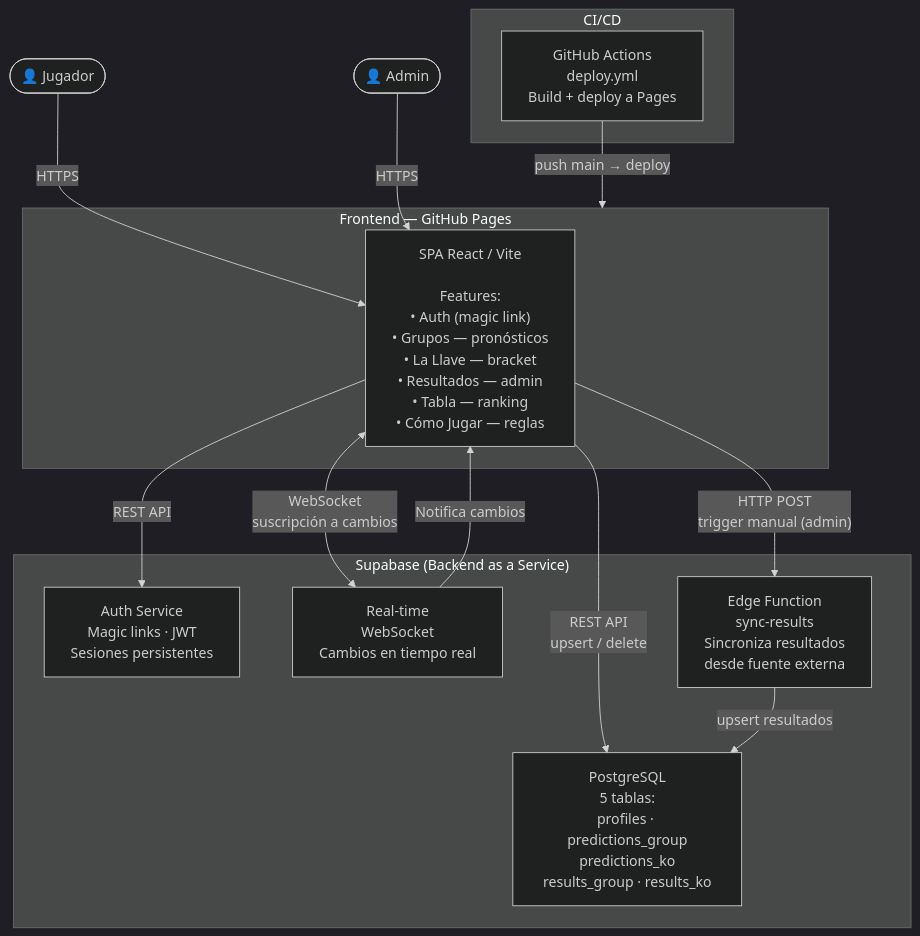
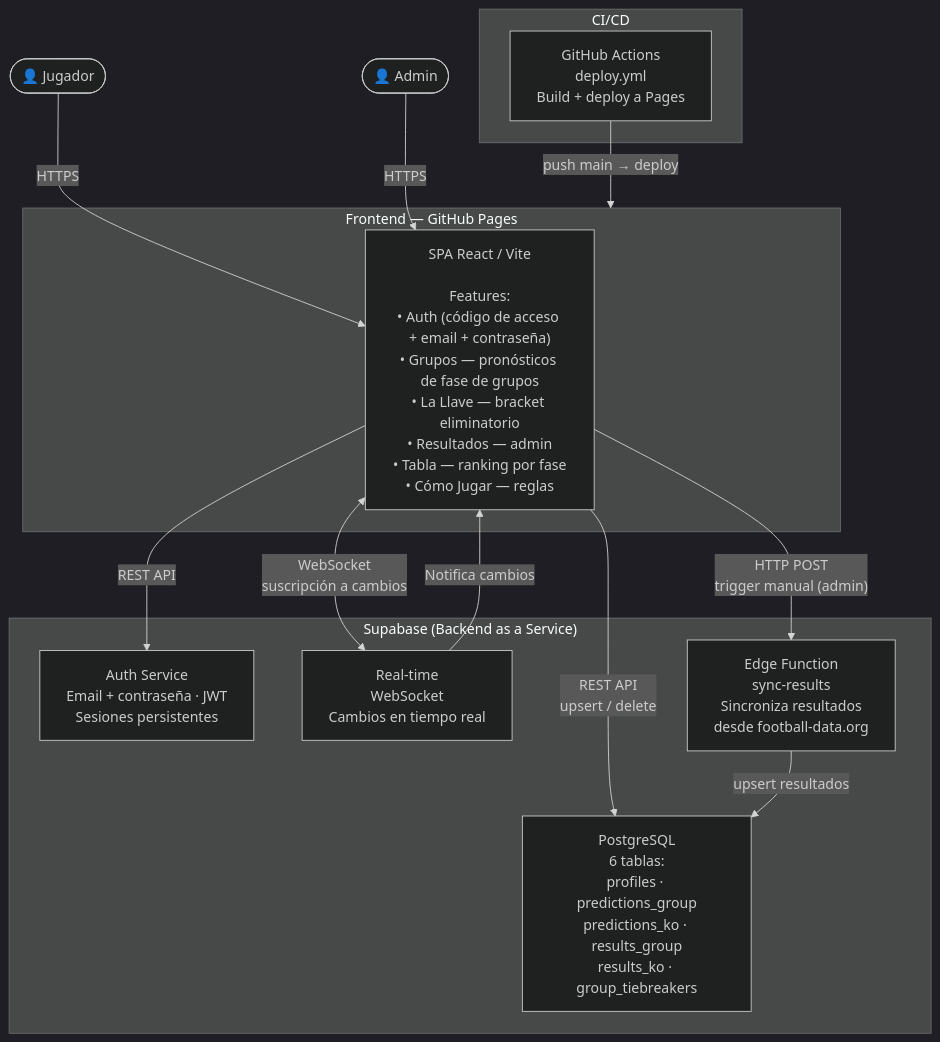
Before and after one commit to JEnriquePS/eb-fifa: the second of 2 diagrams in docs/architecture/overview.md, drawn with Mermaid (dark theme). The commit also changed other lines of this file and 5 other files, not shown here.

First line of the commit message:
docs: update diagrams and guides to reflect schema and auth changes

````diff
--- a/docs/architecture/overview.md
+++ b/docs/architecture/overview.md
@@ -35,30 +35,30 @@
 ```mermaid
 graph TB
     jugador(["👤 Jugador"])
     admin(["👤 Admin"])
 
     subgraph frontend["Frontend — GitHub Pages"]
-        spa["SPA React / Vite\n\nFeatures:\n• Auth (magic link)\n• Grupos — pronósticos\n• La Llave — bracket\n• Resultados — admin\n• Tabla — ranking\n• Cómo Jugar — reglas"]
+        spa["SPA React / Vite\n\nFeatures:\n• Auth (código de acceso + email + contraseña)\n• Grupos — pronósticos de fase de grupos\n• La Llave — bracket eliminatorio\n• Resultados — admin\n• Tabla — ranking por fase\n• Cómo Jugar — reglas"]
     end
 
     subgraph supabase["Supabase (Backend as a Service)"]
-        auth["Auth Service\nMagic links · JWT\nSesiones persistentes"]
-        db["PostgreSQL\n5 tablas:\nprofiles · predictions_group\npredictions_ko\nresults_group · results_ko"]
+        auth["Auth Service\nEmail + contraseña · JWT\nSesiones persistentes"]
+        db["PostgreSQL\n6 tablas:\nprofiles · predictions_group\npredictions_ko · results_group\nresults_ko · group_tiebreakers"]
         realtime["Real-time\nWebSocket\nCambios en tiempo real"]
-        edge["Edge Function\nsync-results\nSincroniza resultados\ndesde fuente externa"]
+        edge["Edge Function\nsync-results\nSincroniza resultados\ndesde football-data.org"]
     end
 
     subgraph cicd["CI/CD"]
         actions["GitHub Actions\ndeploy.yml\nBuild + deploy a Pages"]
     end
 
     jugador -->|"HTTPS"| spa
     admin -->|"HTTPS"| spa
     spa -->|"REST API"| auth
     spa -->|"REST API\nupsert / delete"| db
     spa <-->|"WebSocket\nsuscripción a cambios"| realtime
     spa -->|"HTTP POST\ntrigger manual (admin)"| edge
     realtime -->|"Notifica cambios"| spa
     edge -->|"upsert resultados"| db
     actions -->|"push main → deploy"| frontend
 ```
````
